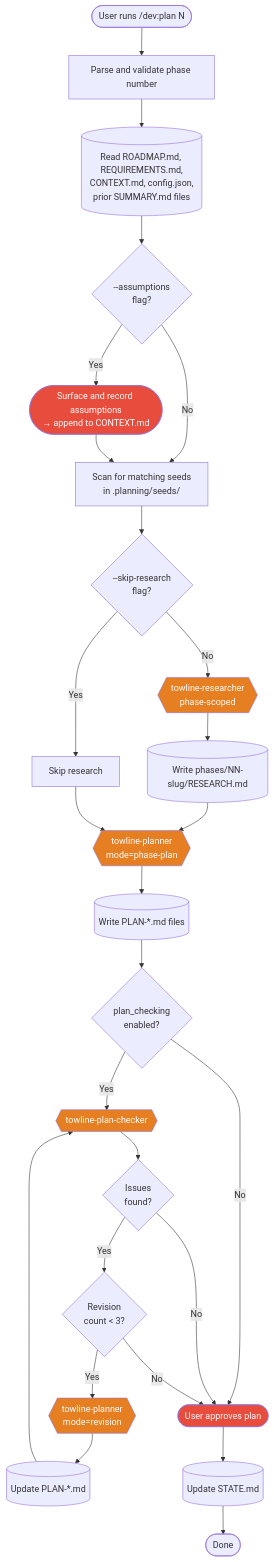
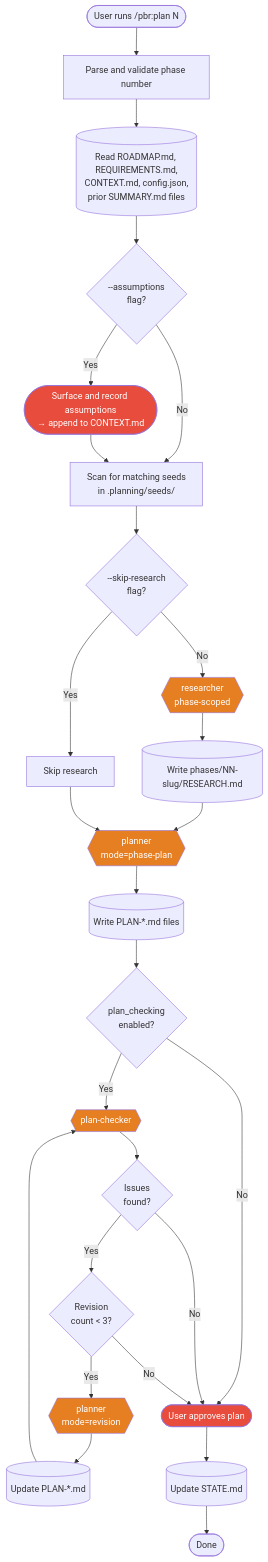
The third of 14 diagrams in docs/ARCHITECTURE.md (SienkLogic/plan-build-run), drawn with Mermaid before and after one commit. The commit also changed other lines of this file and 358 other files, not shown here.

First line of the commit message:
feat(tools): rebrand towline to plan-build-run

````diff
--- a/docs/ARCHITECTURE.md
+++ b/docs/ARCHITECTURE.md
@@ -111,49 +111,49 @@
 ```mermaid
 flowchart TD
-    Start([User runs /dev:plan N]) --> Validate[Parse and validate phase number]
+    Start([User runs /pbr:plan N]) --> Validate[Parse and validate phase number]
 
     Validate --> LoadCtx[("Read ROADMAP.md, REQUIREMENTS.md,<br/>CONTEXT.md, config.json,<br/>prior SUMMARY.md files")]
 
     LoadCtx --> Assumptions{--assumptions<br/>flag?}
     Assumptions -->|Yes| SurfaceAssumptions([Surface and record assumptions<br/>→ append to CONTEXT.md])
     Assumptions -->|No| SeedCheck
 
     SurfaceAssumptions --> SeedCheck
 
     SeedCheck[Scan for matching seeds<br/>in .planning/seeds/] --> ResearchCheck{--skip-research<br/>flag?}
 
     ResearchCheck -->|Yes| SkipR[Skip research]
-    ResearchCheck -->|No| Research{{towline-researcher<br/>phase-scoped}}
+    ResearchCheck -->|No| Research{{researcher<br/>phase-scoped}}
 
     Research --> ResearchOut[(Write phases/NN-slug/RESEARCH.md)]
     ResearchOut --> Planner
 
-    SkipR --> Planner{{towline-planner<br/>mode=phase-plan}}
+    SkipR --> Planner{{planner<br/>mode=phase-plan}}
 
     Planner --> PlanFiles[(Write PLAN-*.md files)]
 
     PlanFiles --> CheckerEnabled{plan_checking<br/>enabled?}
 
     CheckerEnabled -->|No| Approval
-    CheckerEnabled -->|Yes| Checker{{towline-plan-checker}}
+    CheckerEnabled -->|Yes| Checker{{plan-checker}}
 
     Checker --> CheckResult{Issues<br/>found?}
 
     CheckResult -->|No| Approval
     CheckResult -->|Yes| RevisionCount{Revision<br/>count < 3?}
 
-    RevisionCount -->|Yes| Revise{{towline-planner<br/>mode=revision}}
+    RevisionCount -->|Yes| Revise{{planner<br/>mode=revision}}
     RevisionCount -->|No| Approval
 
     Revise --> RevisedPlan[(Update PLAN-*.md)] --> Checker
 
     Approval([User approves plan]) --> UpdateState[(Update STATE.md)]
     UpdateState --> Done([Done])
 
     style Research fill:#e67e22,color:#fff
     style Planner fill:#e67e22,color:#fff
     style Checker fill:#e67e22,color:#fff
     style Revise fill:#e67e22,color:#fff
     style Approval fill:#e74c3c,color:#fff
     style SurfaceAssumptions fill:#e74c3c,color:#fff
 ```
````
